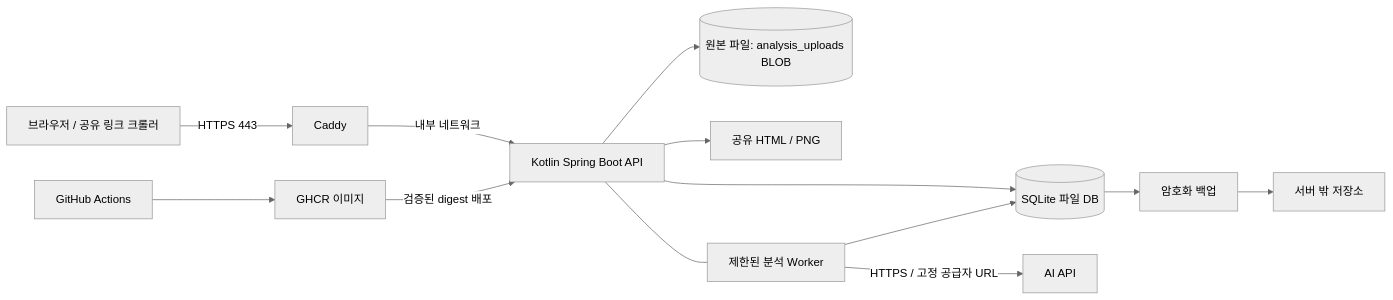
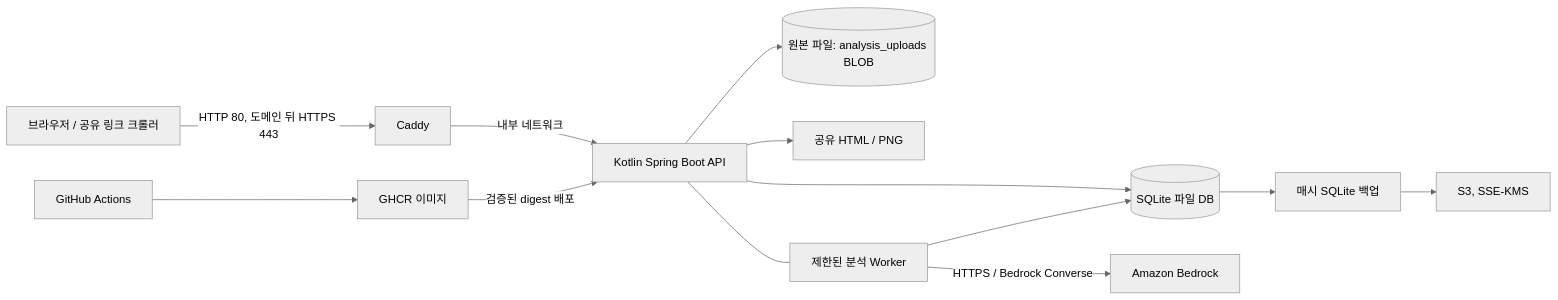
Before and after one commit to yooni9ue/santacut: the diagram in backend/docs/system-architecture.md, drawn with Mermaid (neutral theme). The commit also changed other lines of this file and 2 other files, not shown here.

````diff
--- a/backend/docs/system-architecture.md
+++ b/backend/docs/system-architecture.md
@@ -28,15 +28,15 @@
 ```mermaid
 flowchart LR
-  U[브라우저 / 공유 링크 크롤러] -->|HTTPS 443| C[Caddy]
+  U[브라우저 / 공유 링크 크롤러] -->|HTTP 80, 도메인 뒤 HTTPS 443| C[Caddy]
   C -->|내부 네트워크| A[Kotlin Spring Boot API]
   A --> P[(SQLite 파일 DB)]
   A --> V[(원본 파일: analysis_uploads BLOB)]
   A --> G[공유 HTML / PNG]
   W[제한된 분석 Worker] --> P
-  W -->|HTTPS / 고정 공급자 URL| AI[AI API]
+  W -->|HTTPS / Bedrock Converse| AI[Amazon Bedrock]
   A --- W
-  P --> B[암호화 백업]
-  B --> O[서버 밖 저장소]
+  P --> B[매시 SQLite 백업]
+  B --> O[S3, SSE-KMS]
   GH[GitHub Actions] --> R[GHCR 이미지]
   R -->|검증된 digest 배포| A
 ```
````
